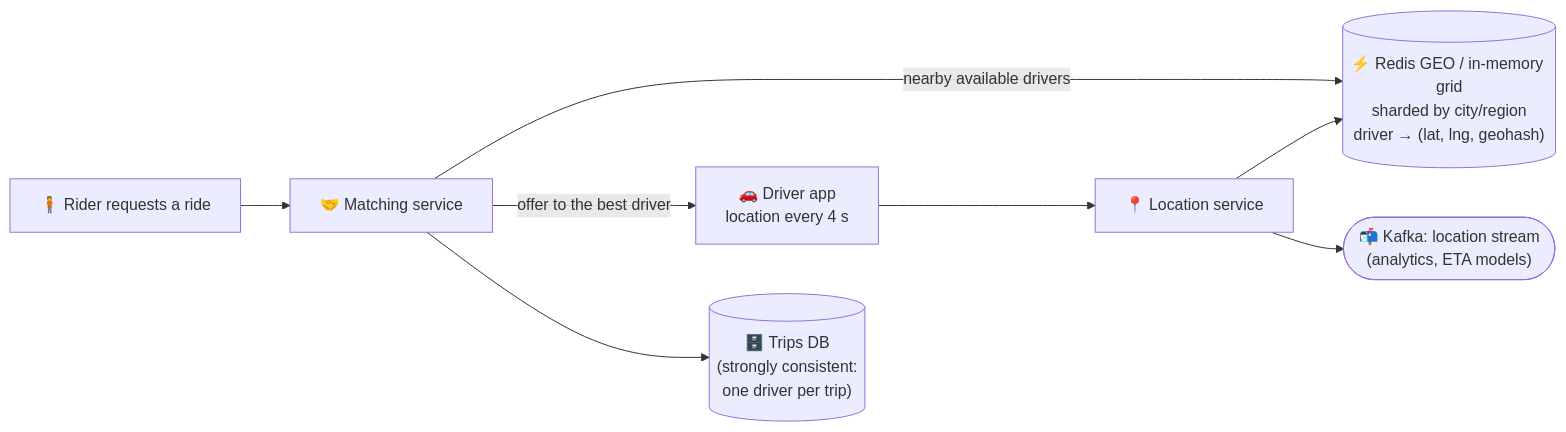
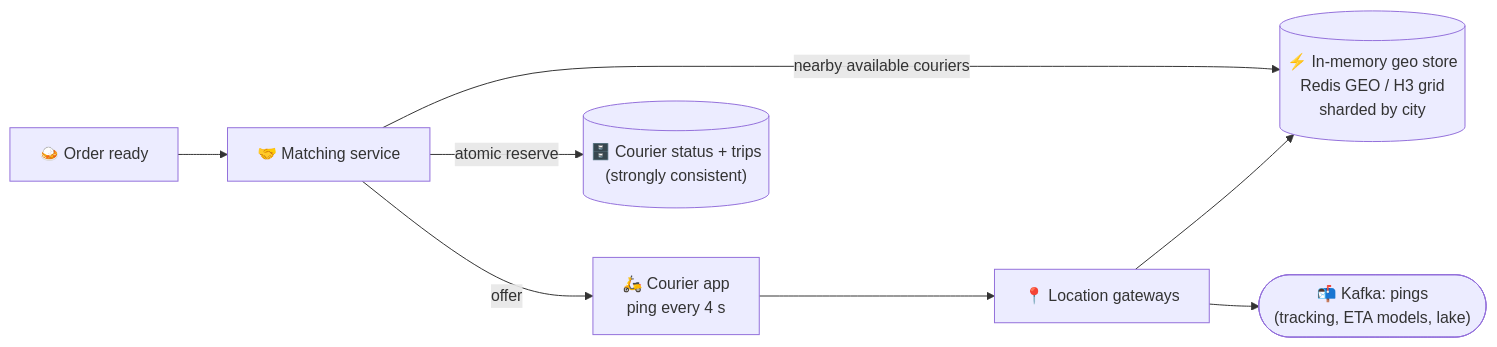
Before and after one commit to winnyboy5/System-Design-from-Atoms: the diagram in phases/11-advanced-designs/095-design-proximity-service.md, drawn with Mermaid. The commit also changed other lines of this file and 15 other files, not shown here.

````diff
--- a/phases/11-advanced-designs/095-design-proximity-service.md
+++ b/phases/11-advanced-designs/095-design-proximity-service.md
@@ -45,10 +51,10 @@
 ```mermaid
 flowchart LR
-    D["🚗 Driver app<br/>location every 4 s"] --> LS["📍 Location service"]
-    LS --> RG[("⚡ Redis GEO / in-memory grid<br/>sharded by city/region<br/>driver → (lat, lng, geohash)")]
-    LS --> K(["📬 Kafka: location stream<br/>(analytics, ETA models)"])
-    R["🧍 Rider requests a ride"] --> MS["🤝 Matching service"]
-    MS -->|"nearby available drivers"| RG
-    MS -->|"offer to the best driver"| D
-    MS --> TDB[("🗄️ Trips DB<br/>(strongly consistent:<br/>one driver per trip)")]
+    D["🛵 Courier app<br/>ping every 4 s"] --> LS["📍 Location gateways"]
+    LS --> RG[("⚡ In-memory geo store<br/>Redis GEO / H3 grid<br/>sharded by city")]
+    LS --> K(["📬 Kafka: pings<br/>(tracking, ETA models, lake)"])
+    R["🍛 Order ready"] --> MS["🤝 Matching service"]
+    MS -->|"nearby available couriers"| RG
+    MS -->|"atomic reserve"| TDB[("🗄️ Courier status + trips<br/>(strongly consistent)")]
+    MS -->|"offer"| D
 ```
````
